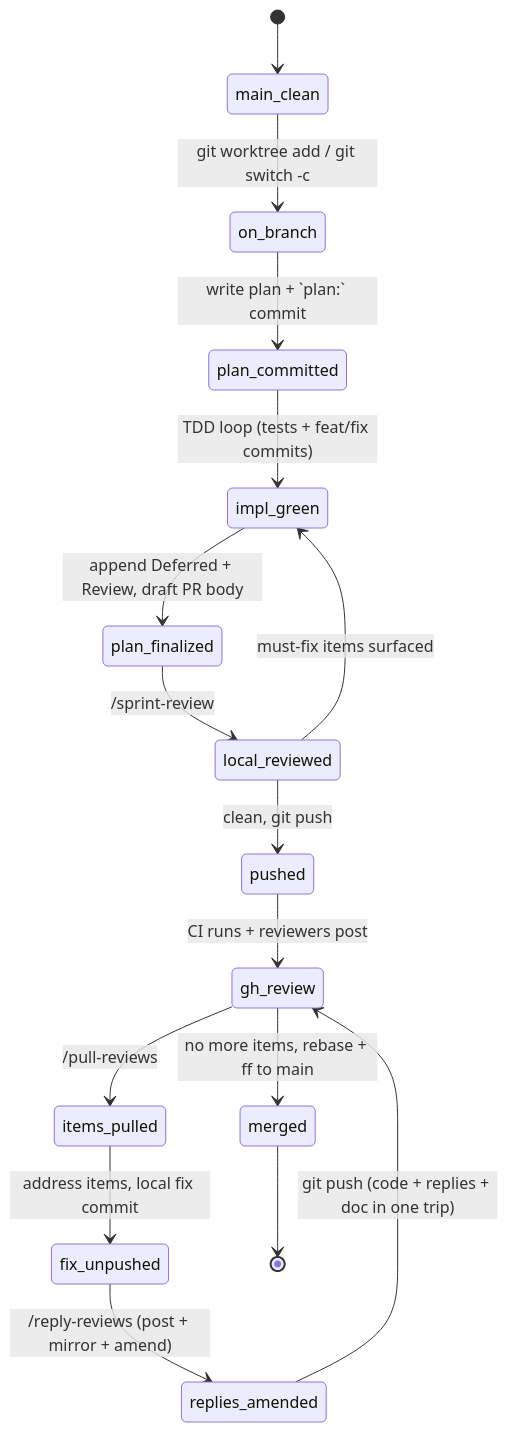
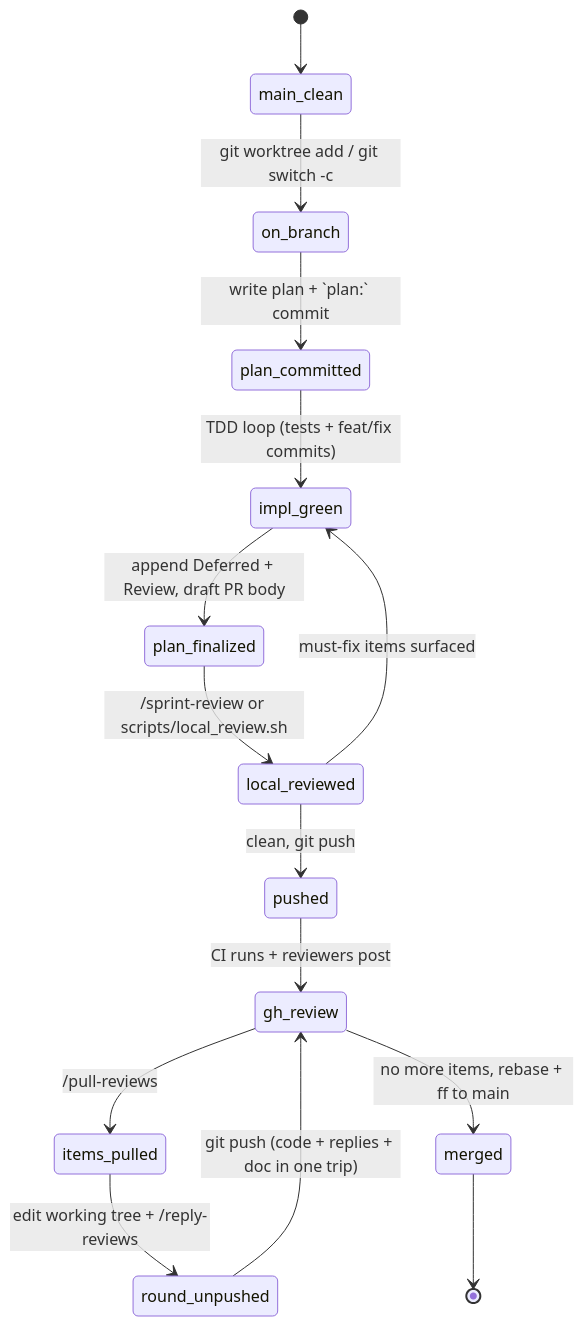
One commit to cmk/template-rust changed the diagram in README.md. Above: the diagram before and after it, drawn with Mermaid. The commit also changed other lines of this file and 10 other files, not shown here.

````diff
--- a/README.md
+++ b/README.md
@@ -44,18 +45,17 @@
 ```mermaid
 stateDiagram-v2
     [*] --> main_clean
     main_clean --> on_branch: git worktree add / git switch -c
     on_branch --> plan_committed: write plan + `plan:` commit
     plan_committed --> impl_green: TDD loop (tests + feat/fix commits)
     impl_green --> plan_finalized: append Deferred + Review, draft PR body
-    plan_finalized --> local_reviewed: /sprint-review
+    plan_finalized --> local_reviewed: /sprint-review or scripts/local_review.sh
     local_reviewed --> impl_green: must-fix items surfaced
     local_reviewed --> pushed: clean, git push
     pushed --> gh_review: CI runs + reviewers post
     gh_review --> items_pulled: /pull-reviews
-    items_pulled --> fix_unpushed: address items, local fix commit
-    fix_unpushed --> replies_amended: /reply-reviews (post + mirror + amend)
-    replies_amended --> gh_review: git push (code + replies + doc in one trip)
+    items_pulled --> round_unpushed: edit working tree + /reply-reviews
+    round_unpushed --> gh_review: git push (code + replies + doc in one trip)
     gh_review --> merged: no more items, rebase + ff to main
     merged --> [*]
 ```
````
